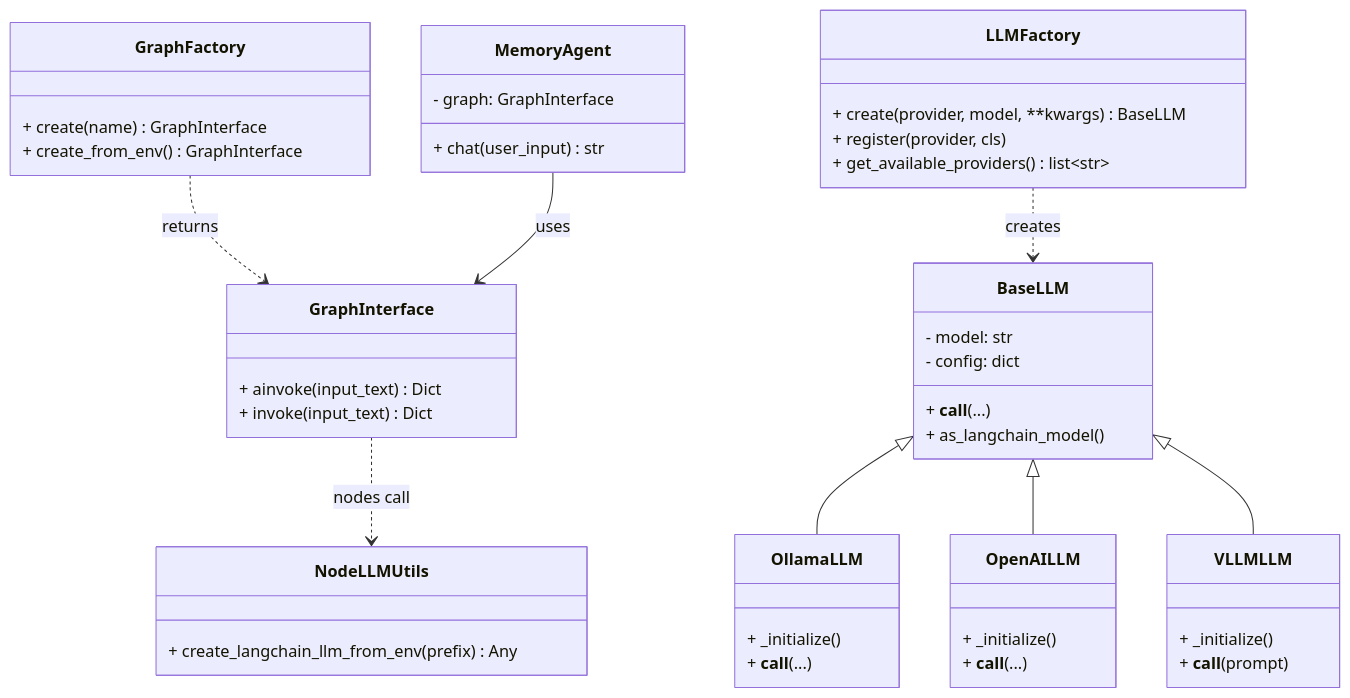
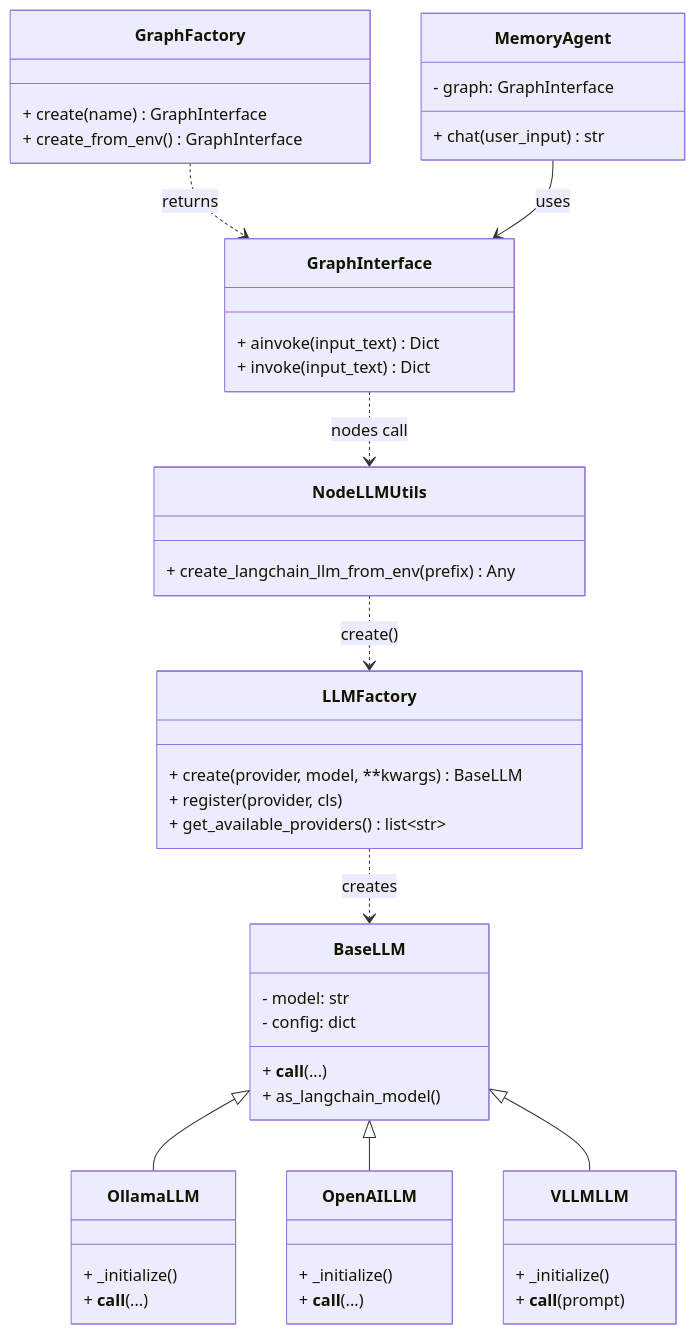
The second of 2 diagrams in README.md (tanminkwan/agent-with-mcp), drawn with Mermaid before and after one commit. The commit also changed other lines of this file, not shown here.

Commit message:
docs: update README structure and add NodeLLMUtils->LLMFactory relation in diagram

````diff
--- a/README.md
+++ b/README.md
@@ -256,58 +265,59 @@
 ```mermaid
 classDiagram
     class GraphInterface {
       + ainvoke(input_text) Dict
       + invoke(input_text) Dict
     }
 
     class GraphFactory {
       + create(name) GraphInterface
       + create_from_env() GraphInterface
     }
 
     class MemoryAgent {
       - graph: GraphInterface
       + chat(user_input) str
     }
 
     class NodeLLMUtils {
       + create_langchain_llm_from_env(prefix) Any
     }
 
     GraphFactory ..> GraphInterface : returns
     MemoryAgent --> GraphInterface : uses
     GraphInterface ..> NodeLLMUtils : nodes call
+    NodeLLMUtils ..> LLMFactory : create()
 
     %% LLM 계층 (변경 없음)
     class BaseLLM {
       - model: str
       - config: dict
       + __call__(...)
       + as_langchain_model()
     }
 
     class OllamaLLM {
       + _initialize()
       + __call__(...)
     }
     BaseLLM <|-- OllamaLLM
 
     class OpenAILLM {
       + _initialize()
       + __call__(...)
     }
     BaseLLM <|-- OpenAILLM
 
     class VLLMLLM {
       + _initialize()
       + __call__(prompt)
     }
     BaseLLM <|-- VLLMLLM
 
     class LLMFactory {
       + create(provider, model, **kwargs) BaseLLM
       + register(provider, cls)
       + get_available_providers() list~str~
     }
     LLMFactory ..> BaseLLM : creates
 ```
````
